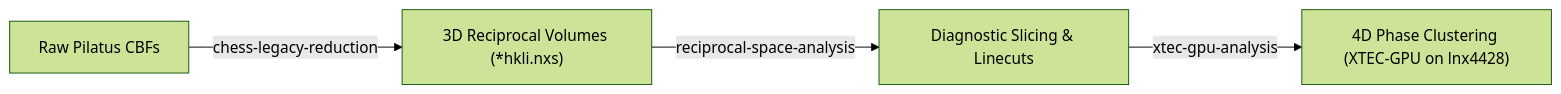
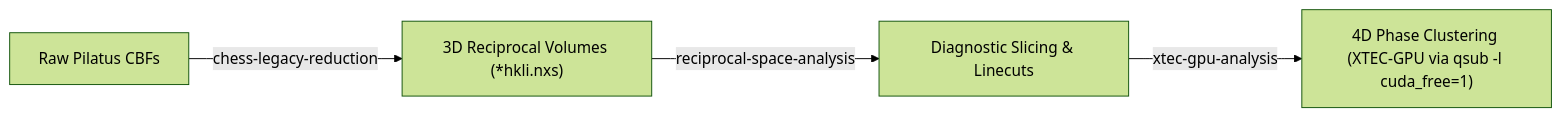
One commit to stevenjgomez/chess-qm2-ai-skills changed the diagram in xtec-gpu-analysis/SKILL.md. Above: the diagram before and after it, drawn with Mermaid (forest theme). The commit also changed other lines of this file and 7 other files, not shown here.

First line of the commit message:
feat(xtec): align GPU execution policy with Grid Engine queue qsub -l cuda_free=1

````diff
--- a/xtec-gpu-analysis/SKILL.md
+++ b/xtec-gpu-analysis/SKILL.md
@@ -25,6 +25,6 @@
 ```mermaid
 flowchart LR
     A["Raw Pilatus CBFs"] -->|chess-legacy-reduction| B["3D Reciprocal Volumes (*hkli.nxs)"]
     B -->|reciprocal-space-analysis| C["Diagnostic Slicing & Linecuts"]
-    C -->|xtec-gpu-analysis| D["4D Phase Clustering (XTEC-GPU on lnx4428)"]
+    C -->|xtec-gpu-analysis| D["4D Phase Clustering (XTEC-GPU via qsub -l cuda_free=1)"]
 ```
````
